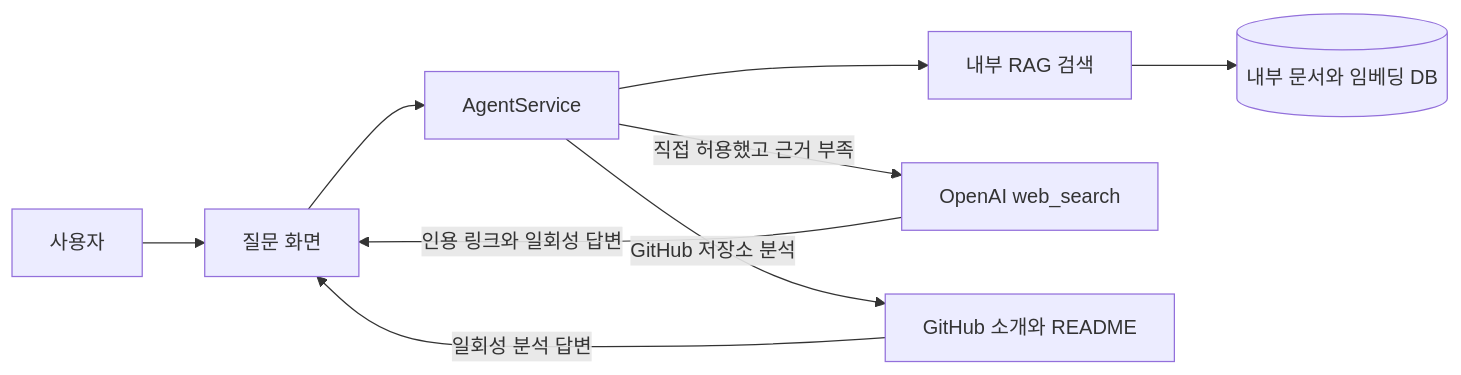
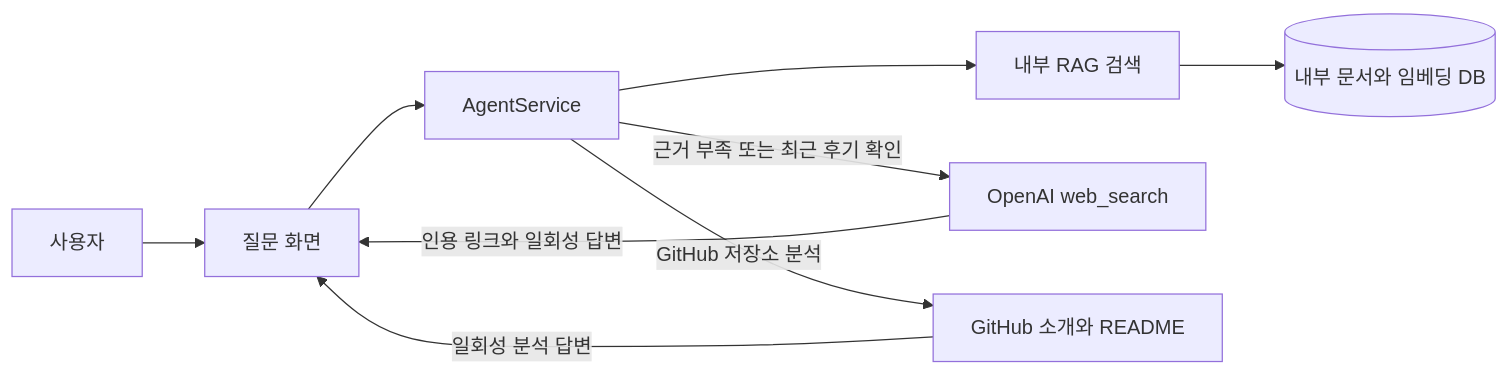
Before and after one commit to LimJaeHwan-real/jungle-ai-mentor: the diagram in README.md, drawn with Mermaid. The commit also changed other lines of this file and 5 other files, not shown here.

````diff
--- a/README.md
+++ b/README.md
@@ -23,11 +23,11 @@
 ```mermaid
 flowchart LR
   User[사용자] --> UI[질문 화면]
   UI --> Agent[AgentService]
   Agent --> RAG[내부 RAG 검색]
   RAG --> DB[(내부 문서와 임베딩 DB)]
-  Agent -->|직접 허용했고 근거 부족| Web[OpenAI web_search]
+  Agent -->|근거 부족 또는 최근 후기 확인| Web[OpenAI web_search]
   Agent -->|GitHub 저장소 분석| GitHub[GitHub 소개와 README]
   Web -->|인용 링크와 일회성 답변| UI
   GitHub -->|일회성 분석 답변| UI
 ```
````
